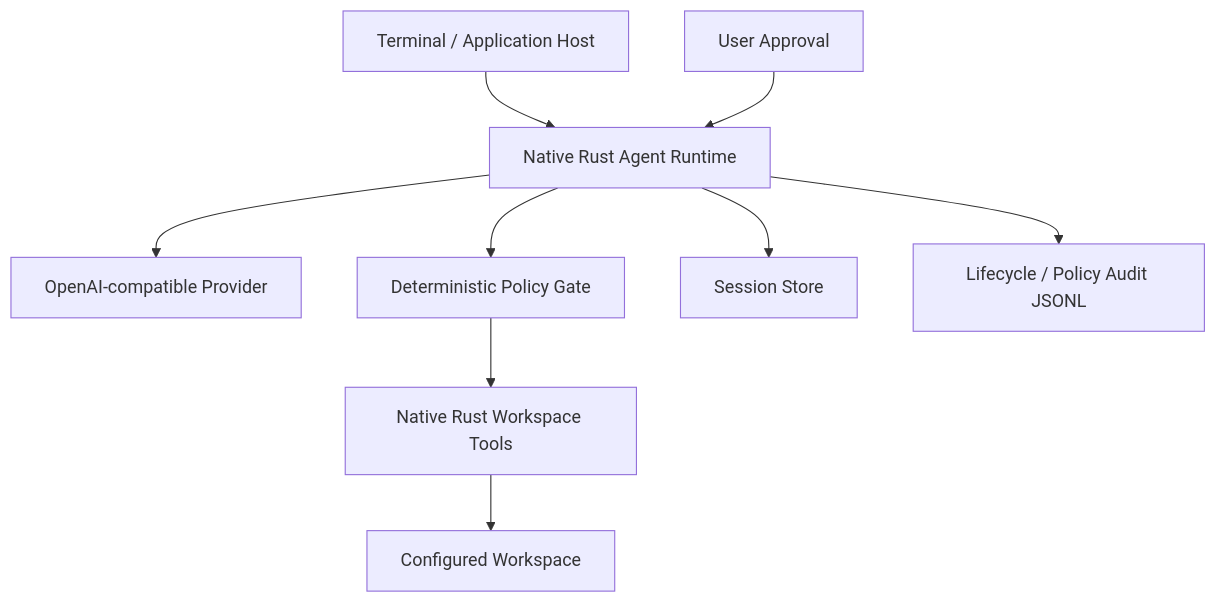
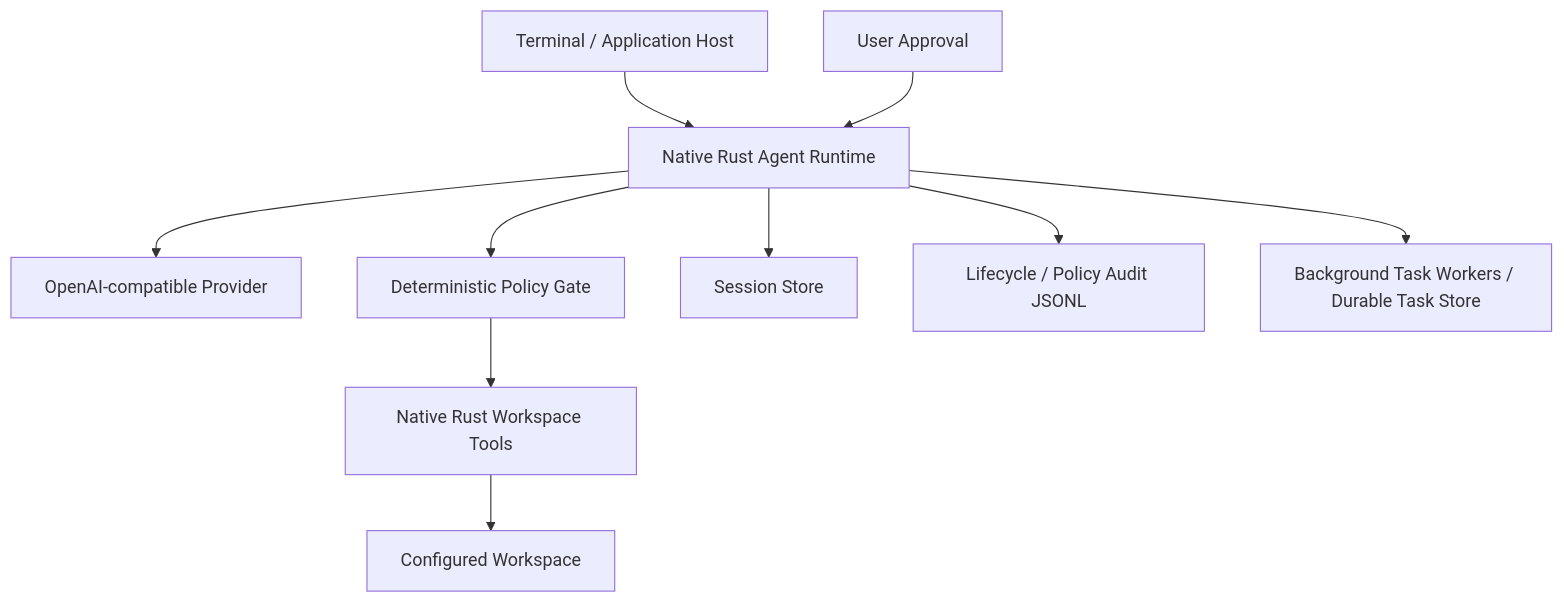
The diagram in tools/rust-agent/README.md (devweekly/devweekly.github.io), drawn with Mermaid before and after one commit. The commit also changed other lines of this file and 4 other files, not shown here.

Commit message:
Add durable background task management

````diff
--- a/tools/rust-agent/README.md
+++ b/tools/rust-agent/README.md
@@ -7,11 +7,12 @@
 ```mermaid
 flowchart TB
     USER["Terminal / Application Host"] --> RUNTIME["Native Rust Agent Runtime"]
     RUNTIME --> PROVIDER["OpenAI-compatible Provider"]
     RUNTIME --> POLICY["Deterministic Policy Gate"]
     POLICY --> TOOLS["Native Rust Workspace Tools"]
     TOOLS --> WS["Configured Workspace"]
     RUNTIME --> SESSION["Session Store"]
     RUNTIME --> AUDIT["Lifecycle / Policy Audit JSONL"]
+    RUNTIME --> TASKS["Background Task Workers / Durable Task Store"]
     APPROVAL["User Approval"] --> RUNTIME
 ```
````
